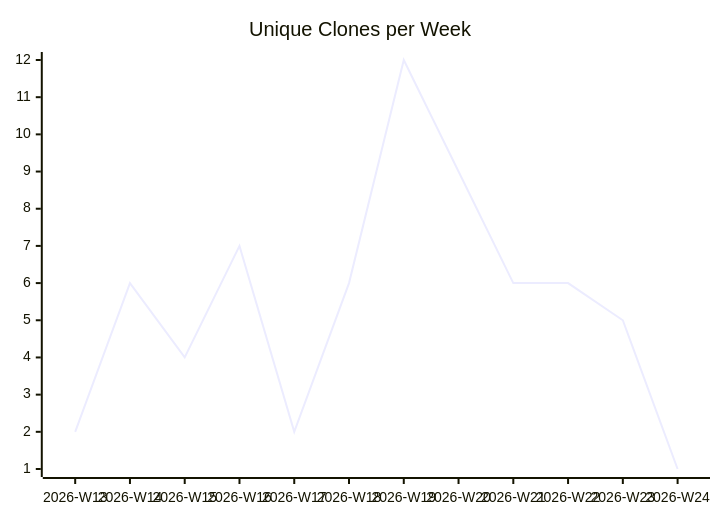
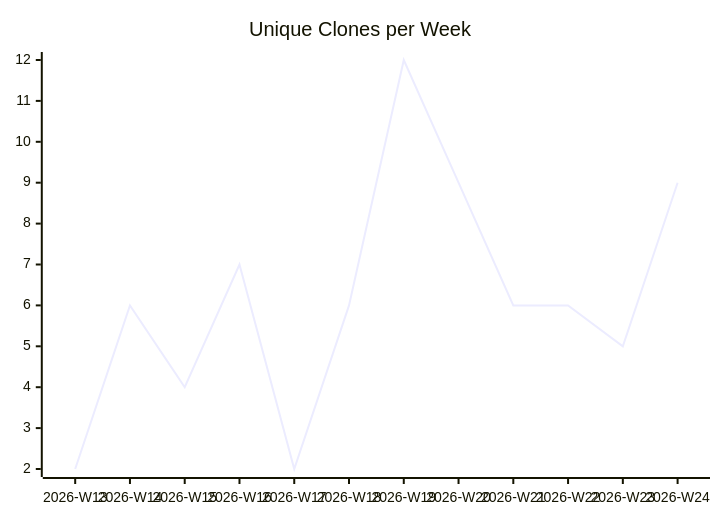
One commit to justdavis-family/github-analytics-data changed the third of 3 diagrams in karlmdavis/obsidian-operator/README.md. Above: the diagram before and after it, drawn with Mermaid. The commit also changed other lines of this file and 193 other files, not shown here.

````diff
--- a/karlmdavis/obsidian-operator/README.md
+++ b/karlmdavis/obsidian-operator/README.md
@@ -19,6 +19,6 @@
 ```mermaid
 xychart-beta
   title "Unique Clones per Week"
   x-axis ["2026-W13", "2026-W14", "2026-W15", "2026-W16", "2026-W17", "2026-W18", "2026-W19", "2026-W20", "2026-W21", "2026-W22", "2026-W23", "2026-W24"]
-  line [2, 6, 4, 7, 2, 6, 12, 9, 6, 6, 5, 1]
+  line [2, 6, 4, 7, 2, 6, 12, 9, 6, 6, 5, 9]
 ```
````
